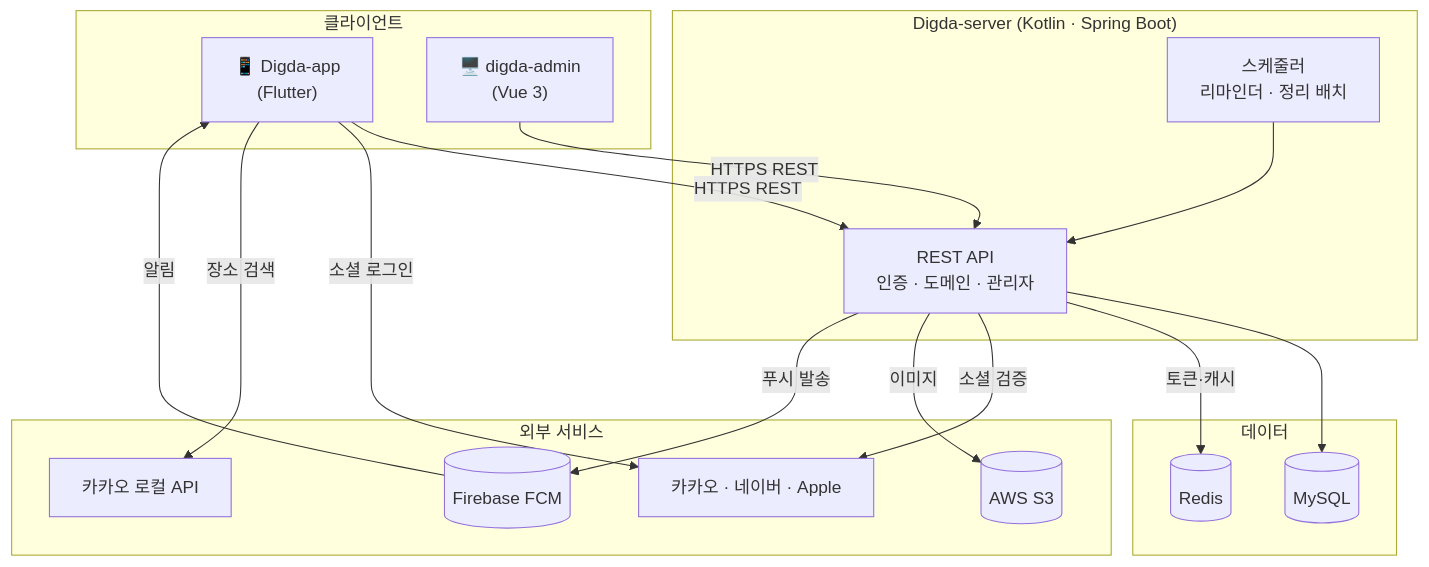
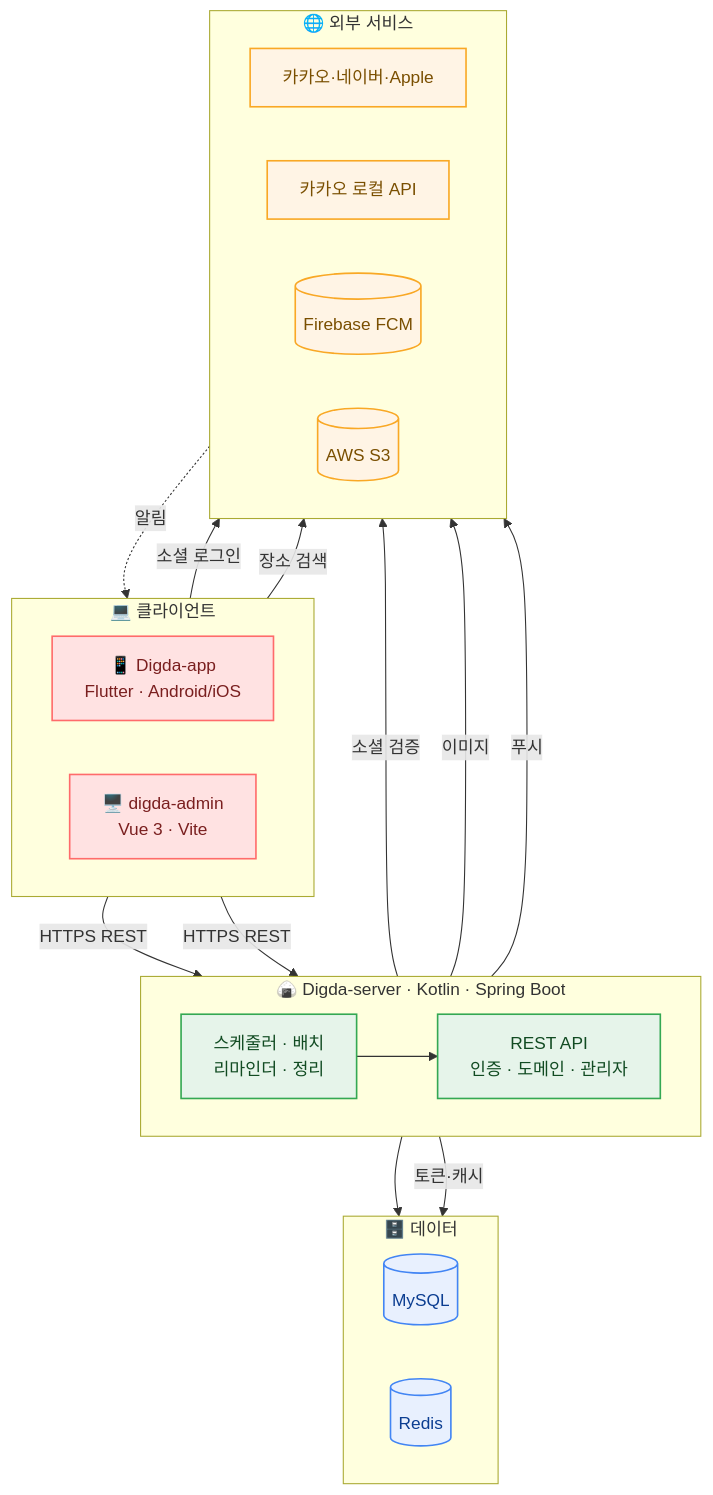
One commit to DateDiary/.github changed the diagram in profile/README.MD. Above: the diagram before and after it, drawn with Mermaid.

Commit message:
@ docs: 조직 README 시스템 아키텍처 다이어그램 스타일링(가독성 개선)
색상 classDef(클라이언트/백엔드/데이터/외부)로 구역을 구분해 상용 문서 수준으로 정리.

@

````diff
--- a/profile/README.MD
+++ b/profile/README.MD
@@ -57,36 +57,47 @@
 ```mermaid
 flowchart TB
-    subgraph Client["클라이언트"]
-        APP["📱 Digda-app<br/>(Flutter)"]
-        ADMIN["🖥️ digda-admin<br/>(Vue 3)"]
+    subgraph CLIENT["💻 클라이언트"]
+        direction LR
+        APP["📱 Digda-app<br/>Flutter · Android/iOS"]
+        ADMIN["🖥️ digda-admin<br/>Vue 3 · Vite"]
     end
 
-    subgraph Backend["Digda-server (Kotlin · Spring Boot)"]
+    subgraph BACKEND["🍙 Digda-server · Kotlin · Spring Boot"]
+        direction LR
         API["REST API<br/>인증 · 도메인 · 관리자"]
-        SCHED["스케줄러<br/>리마인더 · 정리 배치"]
+        SCHED["스케줄러 · 배치<br/>리마인더 · 정리"]
     end
 
-    subgraph Data["데이터"]
+    subgraph DATA["🗄️ 데이터"]
+        direction LR
         DB[("MySQL")]
         REDIS[("Redis")]
     end
 
-    subgraph External["외부 서비스"]
-        OAUTH["카카오 · 네이버 · Apple"]
+    subgraph EXTERNAL["🌐 외부 서비스"]
+        direction LR
+        OAUTH["카카오·네이버·Apple"]
+        KAKAOLOCAL["카카오 로컬 API"]
         FCM[("Firebase FCM")]
         S3[("AWS S3")]
-        KAKAOLOCAL["카카오 로컬 API"]
     end
 
     APP -->|HTTPS REST| API
     ADMIN -->|HTTPS REST| API
     APP -->|소셜 로그인| OAUTH
     APP -->|장소 검색| KAKAOLOCAL
     API --> DB
     API -->|토큰·캐시| REDIS
     API -->|소셜 검증| OAUTH
     API -->|이미지| S3
-    API -->|푸시 발송| FCM
+    API -->|푸시| FCM
     SCHED --> API
-    FCM -->|알림| APP
+    FCM -.알림.-> APP
+
+    classDef client fill:#FFE2E2,stroke:#FF6B6B,stroke-width:1.5px,color:#7A1F1F;
+    classDef backend fill:#E6F4EA,stroke:#34A853,stroke-width:1.5px,color:#114B22;
+    classDef data fill:#E8F0FE,stroke:#4285F4,stroke-width:1.5px,color:#0B3D91;
+    classDef ext fill:#FFF4E5,stroke:#F9A825,stroke-width:1.5px,color:#7A4F00;
+    class APP,ADMIN client; class API,SCHED backend;
+    class DB,REDIS data; class OAUTH,KAKAOLOCAL,FCM,S3 ext;
 ```
````
